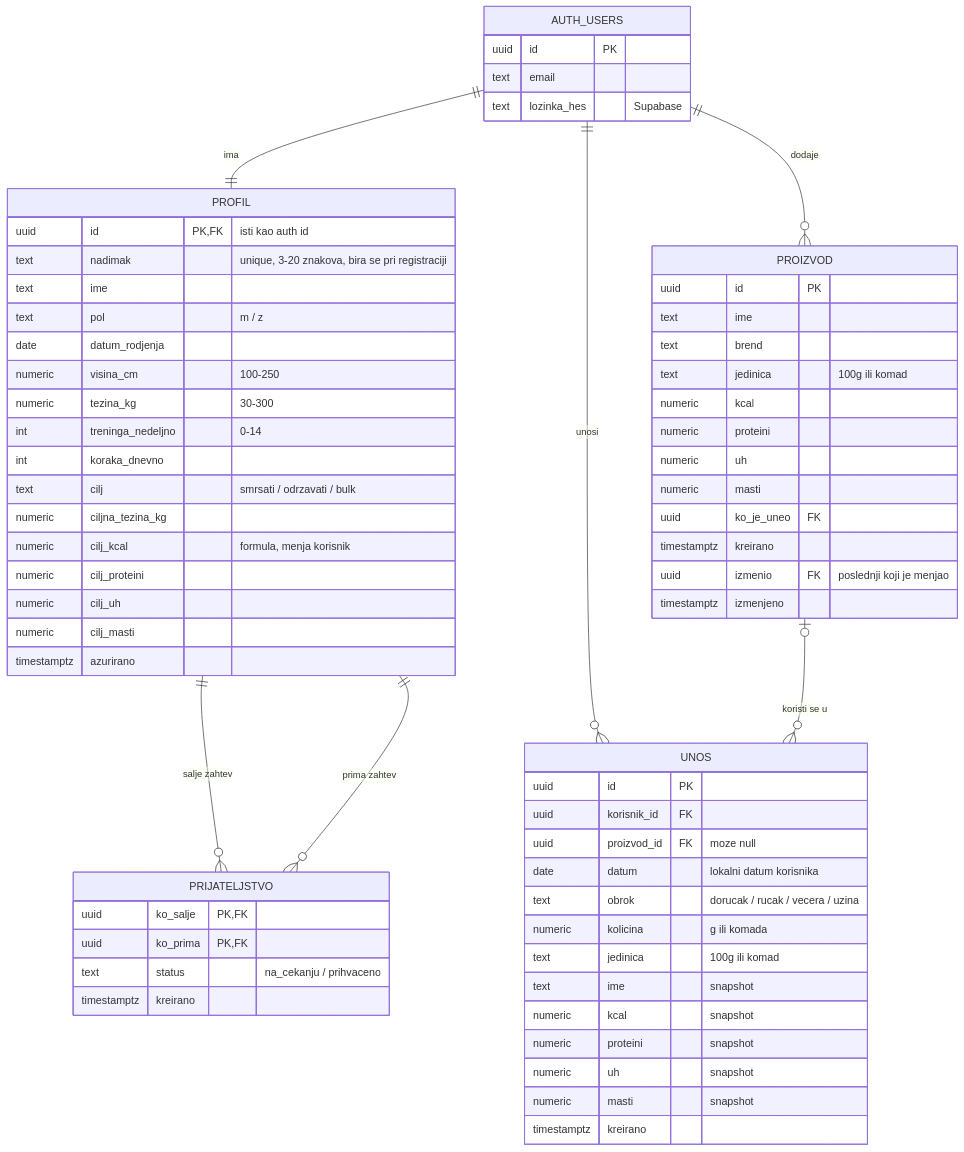
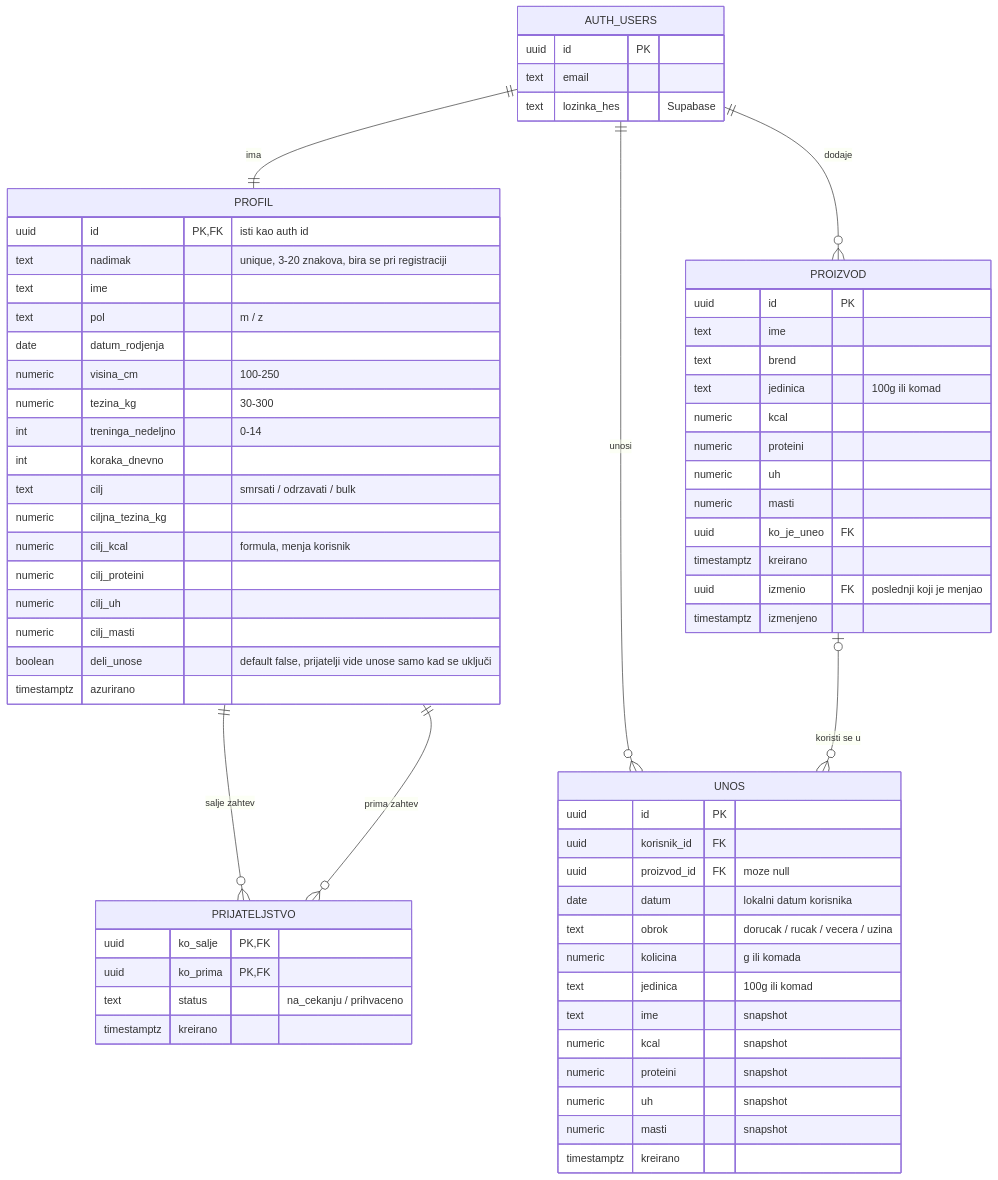
One commit to Du1eks/food-tracker changed the diagram in docs/model.md. Above: the diagram before and after it, drawn with Mermaid. The commit also changed other lines of this file and 10 other files, not shown here.

````diff
--- a/docs/model.md
+++ b/docs/model.md
@@ -3,67 +3,68 @@
 ```mermaid
 erDiagram
   AUTH_USERS ||--|| PROFIL : ima
   AUTH_USERS ||--o{ UNOS : unosi
   AUTH_USERS ||--o{ PROIZVOD : dodaje
   PROIZVOD |o--o{ UNOS : "koristi se u"
   AUTH_USERS {
     uuid id PK
     text email
     text lozinka_hes "Supabase"
   }
   PROFIL {
     uuid id PK,FK "isti kao auth id"
     text nadimak "unique, 3-20 znakova, bira se pri registraciji"
     text ime
     text pol "m / z"
     date datum_rodjenja
     numeric visina_cm "100-250"
     numeric tezina_kg "30-300"
     int treninga_nedeljno "0-14"
     int koraka_dnevno
     text cilj "smrsati / odrzavati / bulk"
     numeric ciljna_tezina_kg
     numeric cilj_kcal "formula, menja korisnik"
     numeric cilj_proteini
     numeric cilj_uh
     numeric cilj_masti
+    boolean deli_unose "default false, prijatelji vide unose samo kad se uključi"
     timestamptz azurirano
   }
   PROIZVOD {
     uuid id PK
     text ime
     text brend
     text jedinica "100g ili komad"
     numeric kcal
     numeric proteini
     numeric uh
     numeric masti
     uuid ko_je_uneo FK
     timestamptz kreirano
     uuid izmenio FK "poslednji koji je menjao"
     timestamptz izmenjeno
   }
   PROFIL ||--o{ PRIJATELJSTVO : "salje zahtev"
   PROFIL ||--o{ PRIJATELJSTVO : "prima zahtev"
   PRIJATELJSTVO {
     uuid ko_salje PK,FK
     uuid ko_prima PK,FK
     text status "na_cekanju / prihvaceno"
     timestamptz kreirano
   }
   UNOS {
     uuid id PK
     uuid korisnik_id FK
     uuid proizvod_id FK "moze null"
     date datum "lokalni datum korisnika"
     text obrok "dorucak / rucak / vecera / uzina"
     numeric kolicina "g ili komada"
     text jedinica "100g ili komad"
     text ime "snapshot"
     numeric kcal "snapshot"
     numeric proteini "snapshot"
     numeric uh "snapshot"
     numeric masti "snapshot"
     timestamptz kreirano
   }
 ```
````
